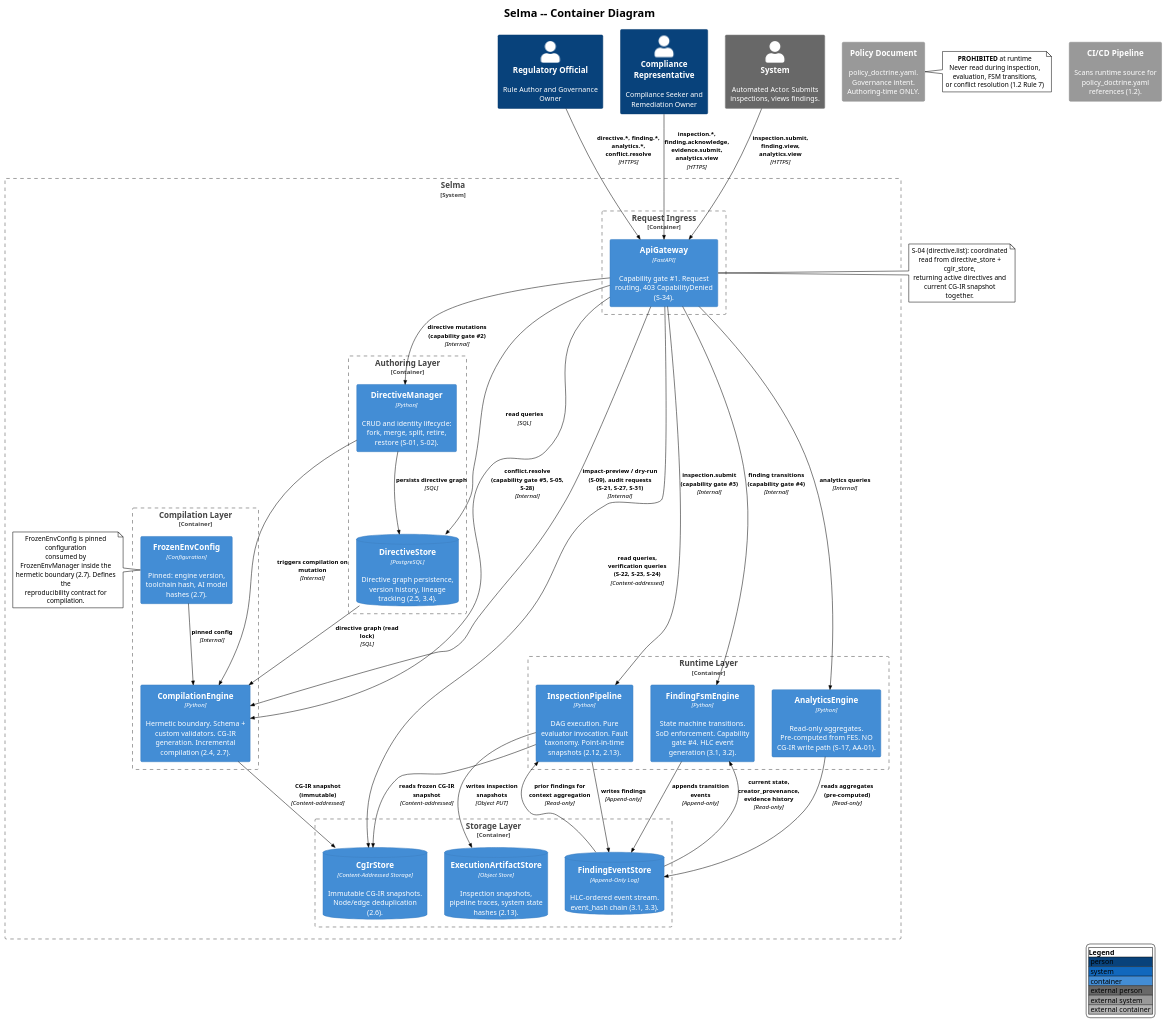
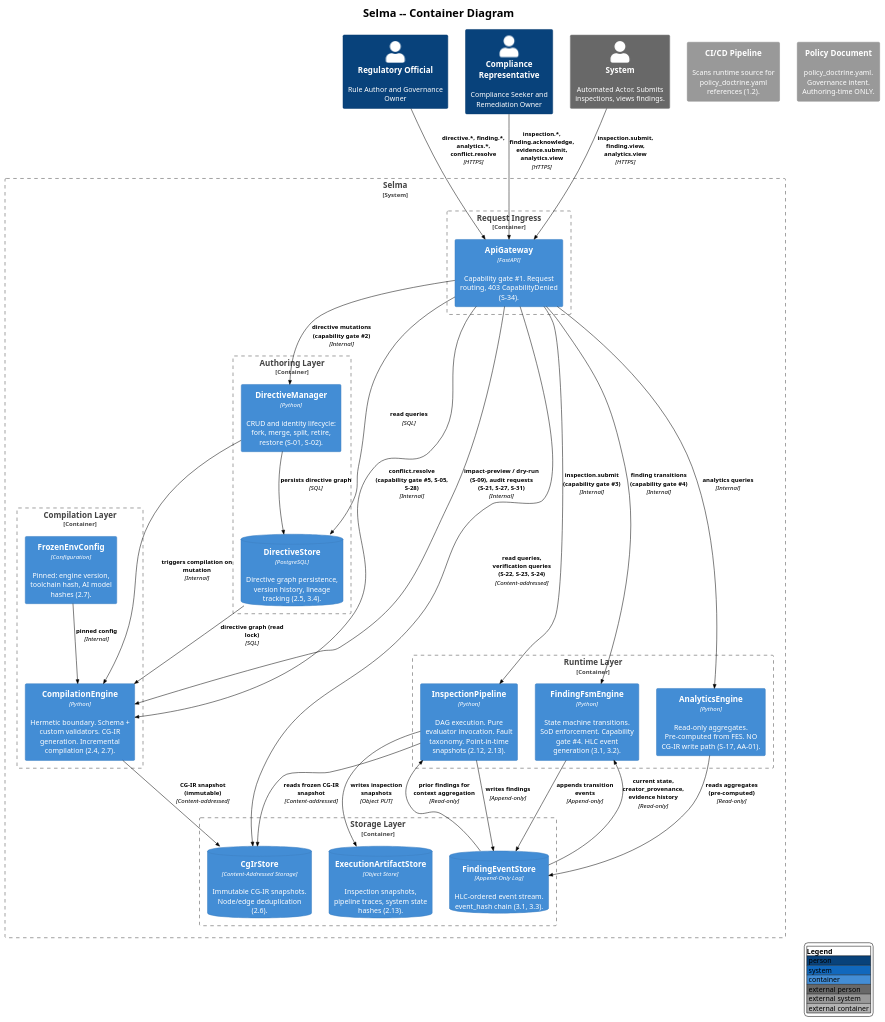
One commit to salimnamvar/selma changed the diagram in docs/C4-Design/c4_selma_container.puml. Above: the diagram before and after it, drawn with PlantUML. The commit also changed 3 other files, not shown here.

Commit message:
docs(C4-Design): Refine component diagrams and remove outdated notes for clarity

```diff
--- a/docs/C4-Design/c4_selma_container.puml
+++ b/docs/C4-Design/c4_selma_container.puml
@@ -12,93 +12,74 @@
 @startuml
 !include https://raw.githubusercontent.com/plantuml-stdlib/C4-PlantUML/v2.13.0/C4_Container.puml
 !theme plain
 
 LAYOUT_WITH_LEGEND()
 
 title Selma -- Container Diagram
 
 Person(regulatory_official, "Regulatory Official", "Rule Author and Governance Owner")
 Person(compliance_rep, "Compliance Representative", "Compliance Seeker and Remediation Owner")
 Person_Ext(system_actor, "System", "Automated Actor. Submits inspections, views findings.")
 
 System_Boundary(selma, "Selma") {
     Container_Boundary(ingress, "Request Ingress") {
         Container(api_gateway, "ApiGateway", "FastAPI", "Capability gate #1. Request routing, 403 CapabilityDenied (S-34).")
     }
 
     Container_Boundary(authoring, "Authoring Layer") {
         Container(directive_mgr, "DirectiveManager", "Python", "CRUD and identity lifecycle: fork, merge, split, retire, restore (S-01, S-02).")
         ContainerDb(directive_store, "DirectiveStore", "PostgreSQL", "Directive graph persistence, version history, lineage tracking (2.5, 3.4).")
     }
 
     Container_Boundary(compilation, "Compilation Layer") {
         Container(compilation_engine, "CompilationEngine", "Python", "Hermetic boundary. Schema + custom validators. CG-IR generation. Incremental compilation (2.4, 2.7).")
         Container(frozen_env, "FrozenEnvConfig", "Configuration", "Pinned: engine version, toolchain hash, AI model hashes (2.7).")
     }
-
-    note right of frozen_env
-      FrozenEnvConfig is pinned configuration
-      consumed by FrozenEnvManager inside the
-      hermetic boundary (2.7). Defines the
-      reproducibility contract for compilation.
-    end note
 
     Container_Boundary(storage, "Storage Layer") {
         ContainerDb(cgir_store, "CgIrStore", "Content-Addressed Storage", "Immutable CG-IR snapshots. Node/edge deduplication (2.6).")
         ContainerDb(finding_event_store, "FindingEventStore", "Append-Only Log", "HLC-ordered event stream. event_hash chain (3.1, 3.3).")
         ContainerDb(execution_artifact_store, "ExecutionArtifactStore", "Object Store", "Inspection snapshots, pipeline traces, system state hashes (2.13).")
     }
 
     Container_Boundary(runtime, "Runtime Layer") {
         Container(inspection_pipeline, "InspectionPipeline", "Python", "DAG execution. Pure evaluator invocation. Fault taxonomy. Point-in-time snapshots (2.12, 2.13).")
         Container(finding_fsm, "FindingFsmEngine", "Python", "State machine transitions. SoD enforcement. Capability gate #4. HLC event generation (3.1, 3.2).")
         Container(analytics_engine, "AnalyticsEngine", "Python", "Read-only aggregates. Pre-computed from FES. NO CG-IR write path (S-17, AA-01).")
     }
 }
 
 System_Ext(ci_pipeline, "CI/CD Pipeline", "Scans runtime source for policy_doctrine.yaml references (1.2).")
 System_Ext(policy_doc, "Policy Document", "policy_doctrine.yaml. Governance intent. Authoring-time ONLY.")
 
 Rel(regulatory_official, api_gateway, "directive.*, finding.*, analytics.*, conflict.resolve", "HTTPS")
 Rel(compliance_rep, api_gateway, "inspection.*, finding.acknowledge, evidence.submit, analytics.view", "HTTPS")
 Rel(system_actor, api_gateway, "inspection.submit, finding.view, analytics.view", "HTTPS")
 
 Rel(api_gateway, directive_mgr, "directive mutations (capability gate #2)", "Internal")
 Rel(api_gateway, inspection_pipeline, "inspection.submit (capability gate #3)", "Internal")
 Rel(api_gateway, finding_fsm, "finding transitions (capability gate #4)", "Internal")
 Rel(api_gateway, analytics_engine, "analytics queries", "Internal")
 Rel(api_gateway, directive_store, "read queries", "SQL")
 Rel(api_gateway, cgir_store, "read queries, verification queries (S-22, S-23, S-24)", "Content-addressed")
 Rel(api_gateway, compilation_engine, "conflict.resolve (capability gate #5, S-05, S-28)", "Internal")
 Rel(api_gateway, compilation_engine, "impact-preview / dry-run (S-09), audit requests (S-21, S-27, S-31)", "Internal")
 
-note right of api_gateway
-  S-04 (directive.list): coordinated read from directive_store + cgir_store,
-  returning active directives and current CG-IR snapshot together.
-end note
-
 Rel(directive_mgr, directive_store, "persists directive graph", "SQL")
 Rel(directive_mgr, compilation_engine, "triggers compilation on mutation", "Internal")
 Rel(directive_store, compilation_engine, "directive graph (read lock)", "SQL")
 Rel(frozen_env, compilation_engine, "pinned config", "Internal")
 
 Rel(compilation_engine, cgir_store, "CG-IR snapshot (immutable)", "Content-addressed")
 
 Rel(inspection_pipeline, cgir_store, "reads frozen CG-IR snapshot", "Content-addressed")
 Rel(inspection_pipeline, finding_event_store, "writes findings", "Append-only")
 Rel(inspection_pipeline, execution_artifact_store, "writes inspection snapshots", "Object PUT")
 Rel(finding_event_store, inspection_pipeline, "prior findings for context aggregation", "Read-only")
 
 Rel(finding_fsm, finding_event_store, "appends transition events", "Append-only")
 Rel(finding_event_store, finding_fsm, "current state, creator_provenance, evidence history", "Read-only")
 
 Rel(analytics_engine, finding_event_store, "reads aggregates (pre-computed)", "Read-only")
 
-note right of policy_doc
-  **PROHIBITED** at runtime
-  Never read during inspection,
-  evaluation, FSM transitions,
-  or conflict resolution (1.2 Rule 7)
-end note
-
 @enduml
```
